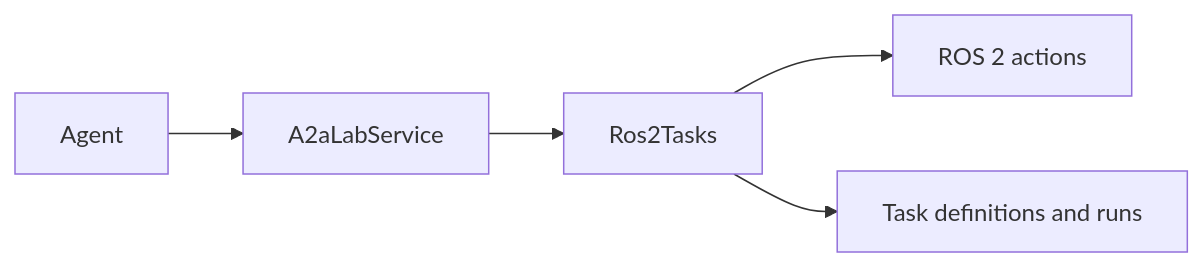
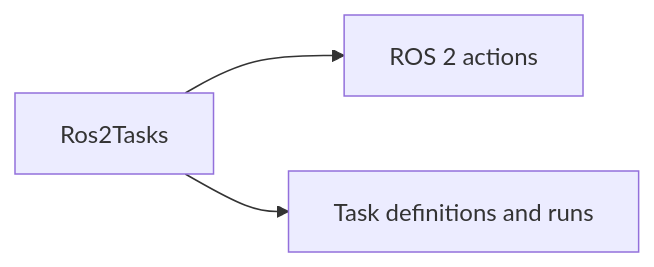
One commit to A3Analytics/a2a-lab-dev-kit-rs changed the diagram in backlog/docs/reference/ros-2/doc-9 - ROS-2.md. Above: the diagram before and after it, drawn with Mermaid. The commit also changed other lines of this file and 14 other files, not shown here.

Commit message:
Group the Wiki into interfaces and providers so both sides of A2aLabService are explicit.

````diff
--- a/backlog/docs/reference/ros-2/doc-9 - ROS-2.md
+++ b/backlog/docs/reference/ros-2/doc-9 - ROS-2.md
@@ -17,9 +17,7 @@
 ```mermaid
 flowchart LR
-  accTitle: ROS 2 fulfills tasks
-  accDescr: An agent calls A2aLabService. A2aLabService calls Ros2Tasks. Ros2Tasks reads actions from the ROS 2 graph and returns task definitions and task runs.
-  agent["Agent"] --> service["A2aLabService"]
-  service --> rosTasks["Ros2Tasks"]
-  rosTasks --> actions["ROS 2 actions"]
+  accTitle: ROS 2 supplies tasks
+  accDescr: Ros2Tasks reads ROS 2 actions and returns task definitions and task runs.
+  rosTasks["Ros2Tasks"] --> actions["ROS 2 actions"]
   rosTasks --> tasks["Task definitions and runs"]
 ```
````
